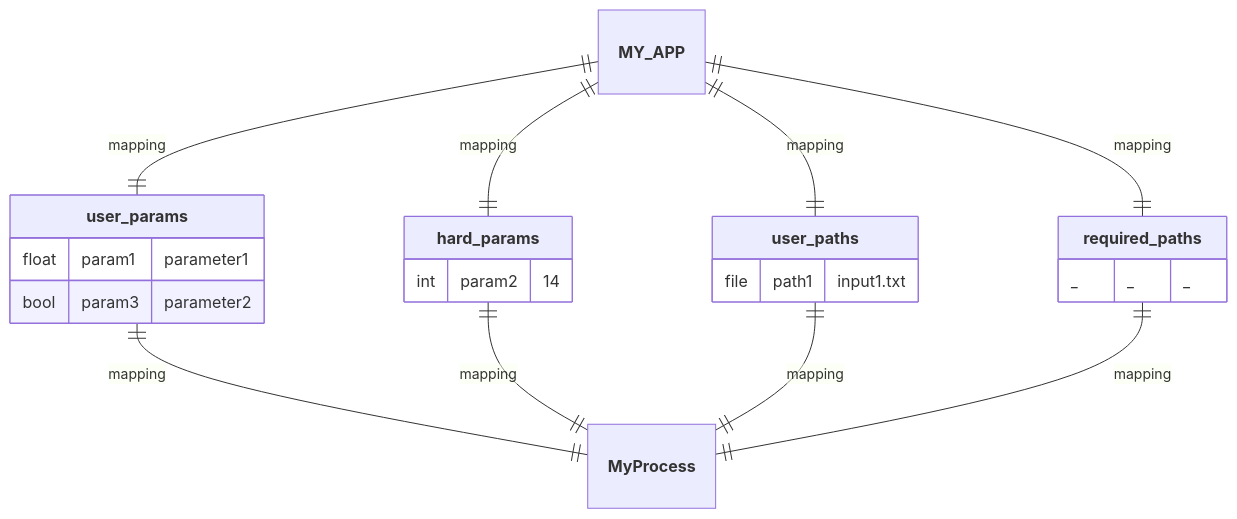
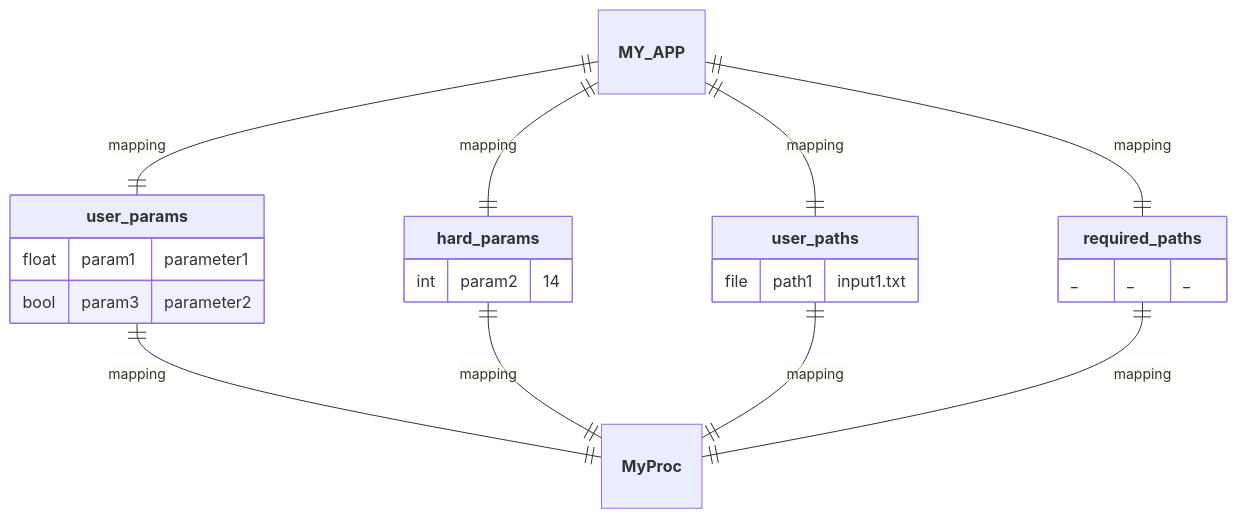
Before and after one commit to nuremics/nuremics: the ninth of 17 diagrams in README.md, drawn with Mermaid. The commit also changed other lines of this file, not shown here.

````diff
--- a/README.md
+++ b/README.md
@@ -254,25 +254,25 @@
 ```mermaid
 erDiagram
   **MY_APP** ||--|| **user_params** : mapping
   **MY_APP** ||--|| **hard_params** : mapping
   **MY_APP** ||--|| **user_paths** : mapping
   **MY_APP** ||--|| **required_paths** : mapping
-  **user_params** ||--|| **MyProcess** : mapping
-  **hard_params** ||--|| **MyProcess** : mapping
-  **user_paths** ||--|| **MyProcess** : mapping
-  **required_paths** ||--|| **MyProcess** : mapping
+  **user_params** ||--|| **MyProc** : mapping
+  **hard_params** ||--|| **MyProc** : mapping
+  **user_paths** ||--|| **MyProc** : mapping
+  **required_paths** ||--|| **MyProc** : mapping
 
   **user_params** {
     float param1 "parameter1"
     bool param3 "parameter2"
   }
   **hard_params** {
     int param2 "14"
   }
   **user_paths** {
     file path1 "input1.txt"
   }
   **required_paths** {
     _ _ "_"
   }
 ```
````
